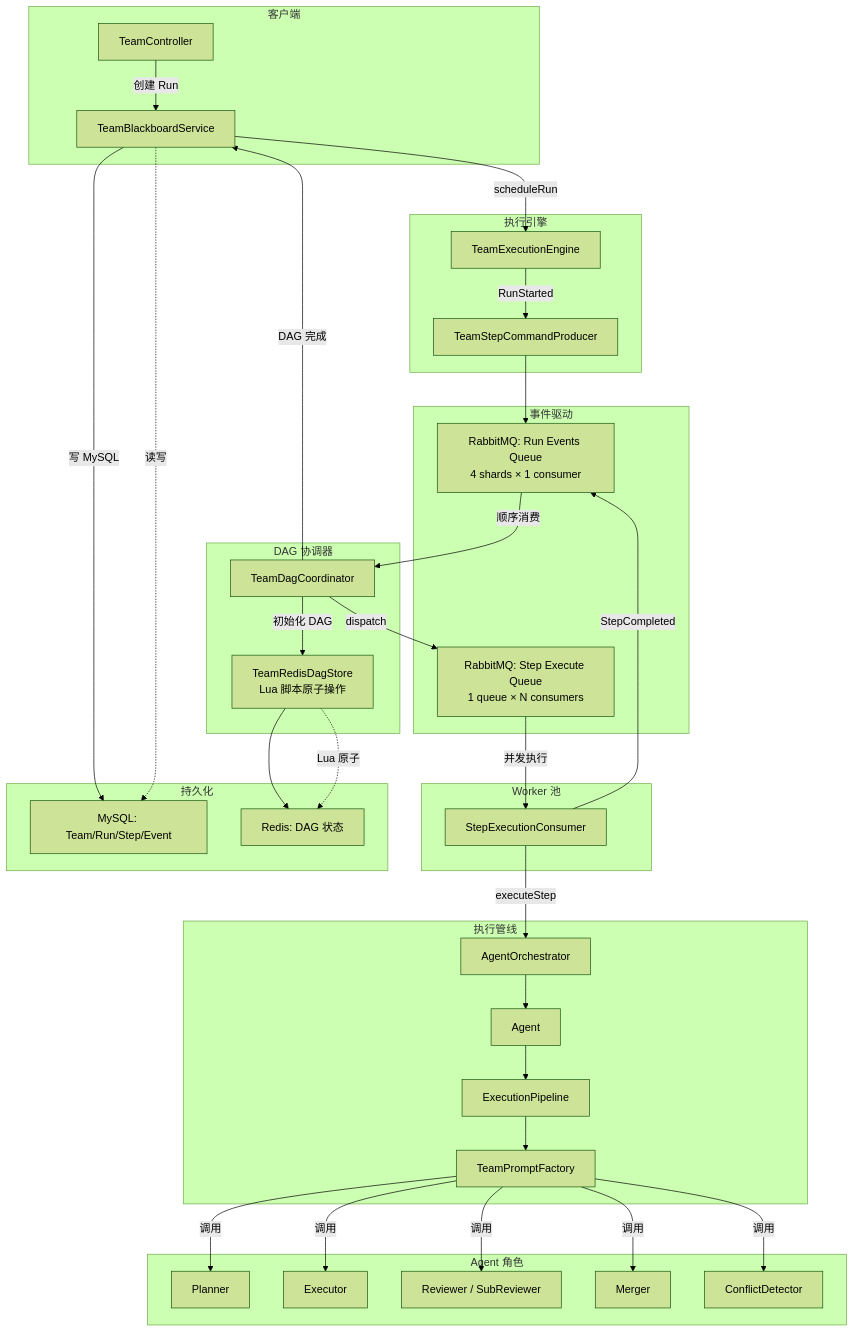
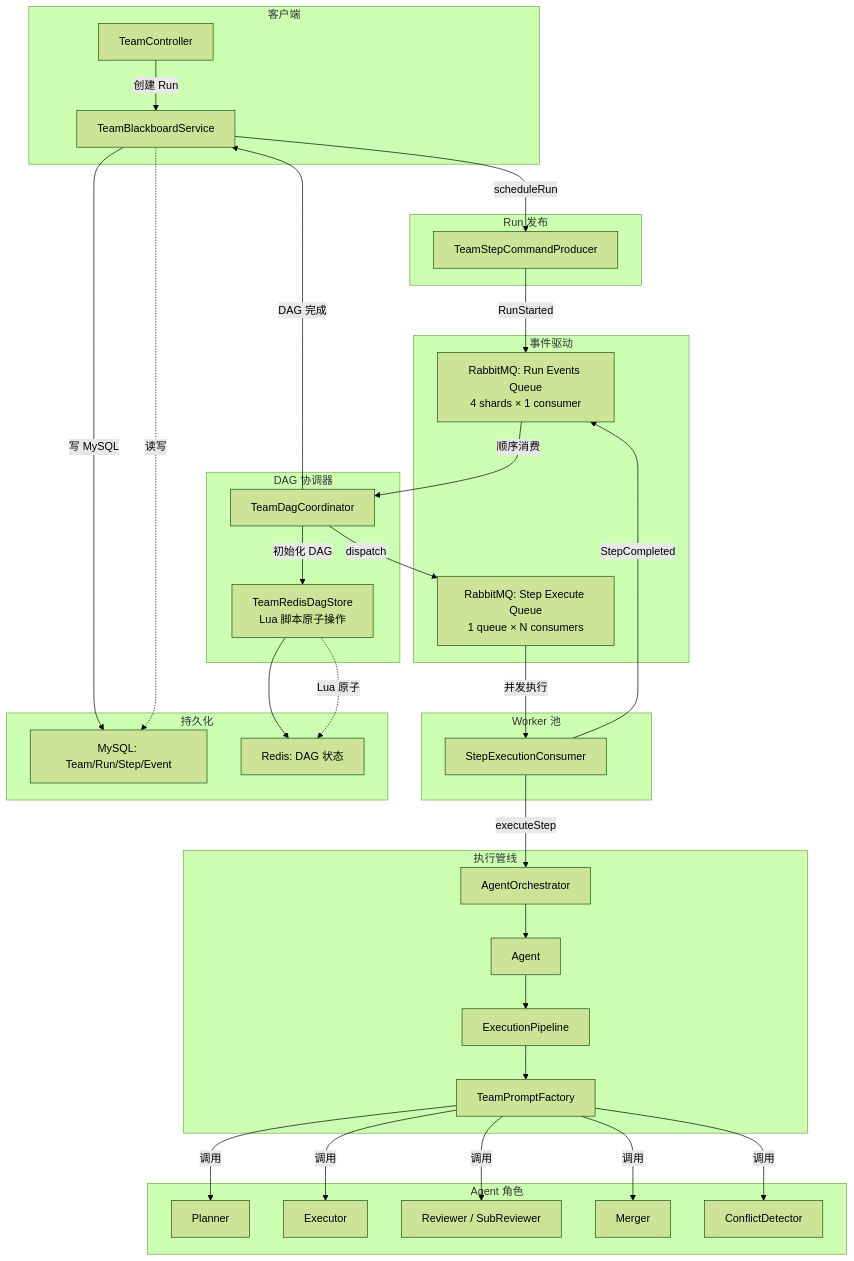
One commit to kaiyue-ai/EchoMind changed the third of 3 diagrams in README.md. Above: the diagram before and after it, drawn with Mermaid (forest theme). The commit also changed other lines of this file and 52 other files, not shown here.

First line of the commit message:
Fix team DAG execution and remove clarification flow

````diff
--- a/README.md
+++ b/README.md
@@ -191,63 +191,62 @@
 ```mermaid
 flowchart TB
     subgraph Client["客户端"]
         A["TeamController"]
         A2["TeamBlackboardService"]
     end
 
-    subgraph Engine["执行引擎"]
-        B["TeamExecutionEngine"]
-        B2["TeamStepCommandProducer"]
+    subgraph Engine["Run 发布"]
+        B["TeamStepCommandProducer"]
     end
 
     subgraph Events["事件驱动"]
         C["RabbitMQ: Run Events Queue<br/>4 shards × 1 consumer"]
         D["RabbitMQ: Step Execute Queue<br/>1 queue × N consumers"]
     end
 
     subgraph Coordinator["DAG 协调器"]
         E["TeamDagCoordinator"]
         E2["TeamRedisDagStore<br/>Lua 脚本原子操作"]
     end
 
     subgraph Workers["Worker 池"]
         F["StepExecutionConsumer"]
     end
 
     subgraph Pipeline["执行管线"]
         G["AgentOrchestrator"]
         H["Agent"]
         I["ExecutionPipeline"]
         J["TeamPromptFactory"]
     end
 
     subgraph Roles["Agent 角色"]
         K["Planner"]
         L["Executor"]
         M["Reviewer / SubReviewer"]
         N["Merger"]
         O["ConflictDetector"]
     end
 
     subgraph Storage["持久化"]
         P["MySQL: Team/Run/Step/Event"]
         Q["Redis: DAG 状态"]
     end
 
     A -->|创建 Run| A2 -->|写 MySQL| P
-    A2 -->|scheduleRun| B -->|RunStarted| B2 --> C
+    A2 -->|scheduleRun| B -->|RunStarted| C
     C -->|顺序消费| E
     E -->|初始化 DAG| E2 --> Q
     E -->|dispatch| D
     D -->|并发执行| F
     F -->|executeStep| G --> H --> I
     I --> J -->|调用| K
     J -->|调用| L
     J -->|调用| M
     J -->|调用| N
     J -->|调用| O
     F -->|StepCompleted| C
     E -->|DAG 完成| A2
     E2 -.->|Lua 原子| Q
     A2 -.->|读写| P
 ```
````
